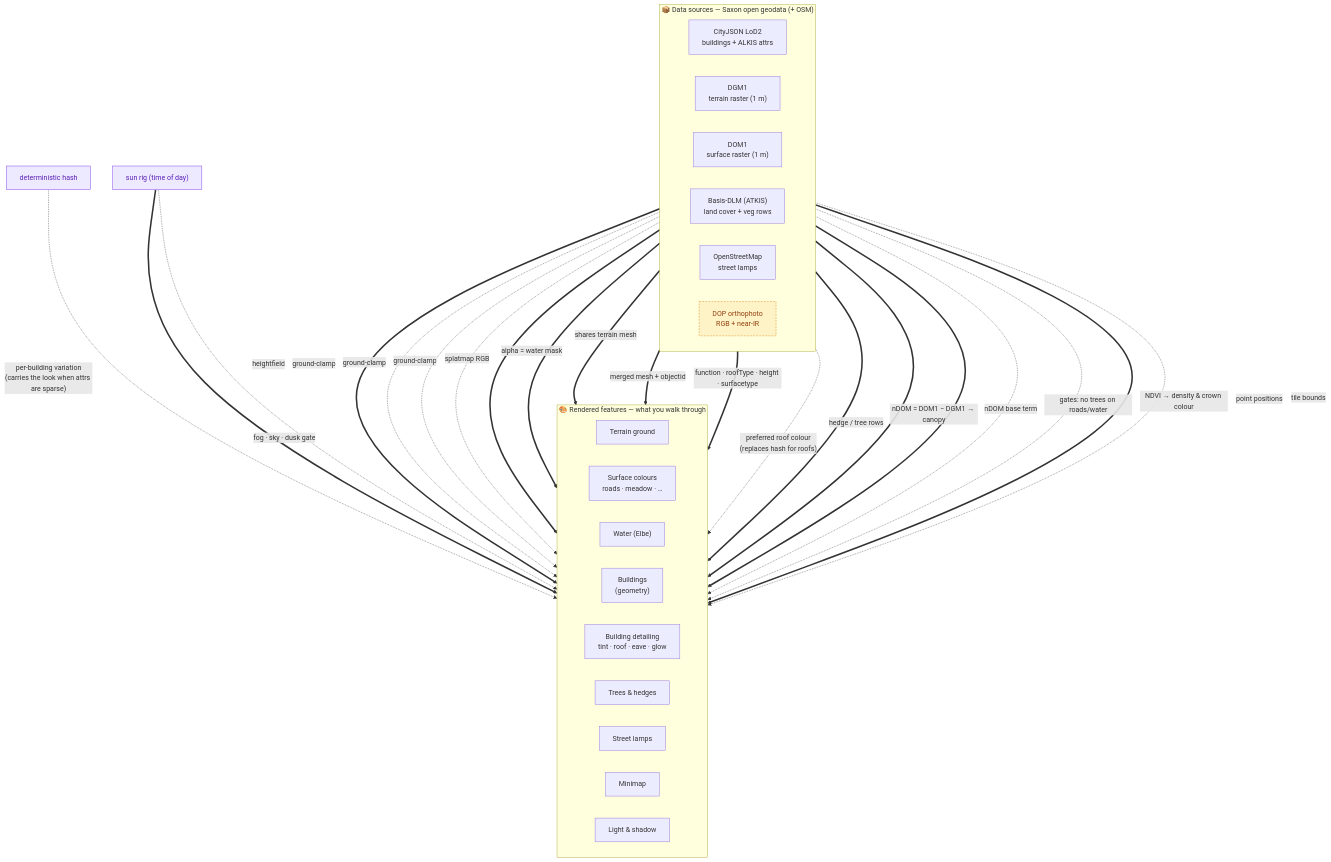
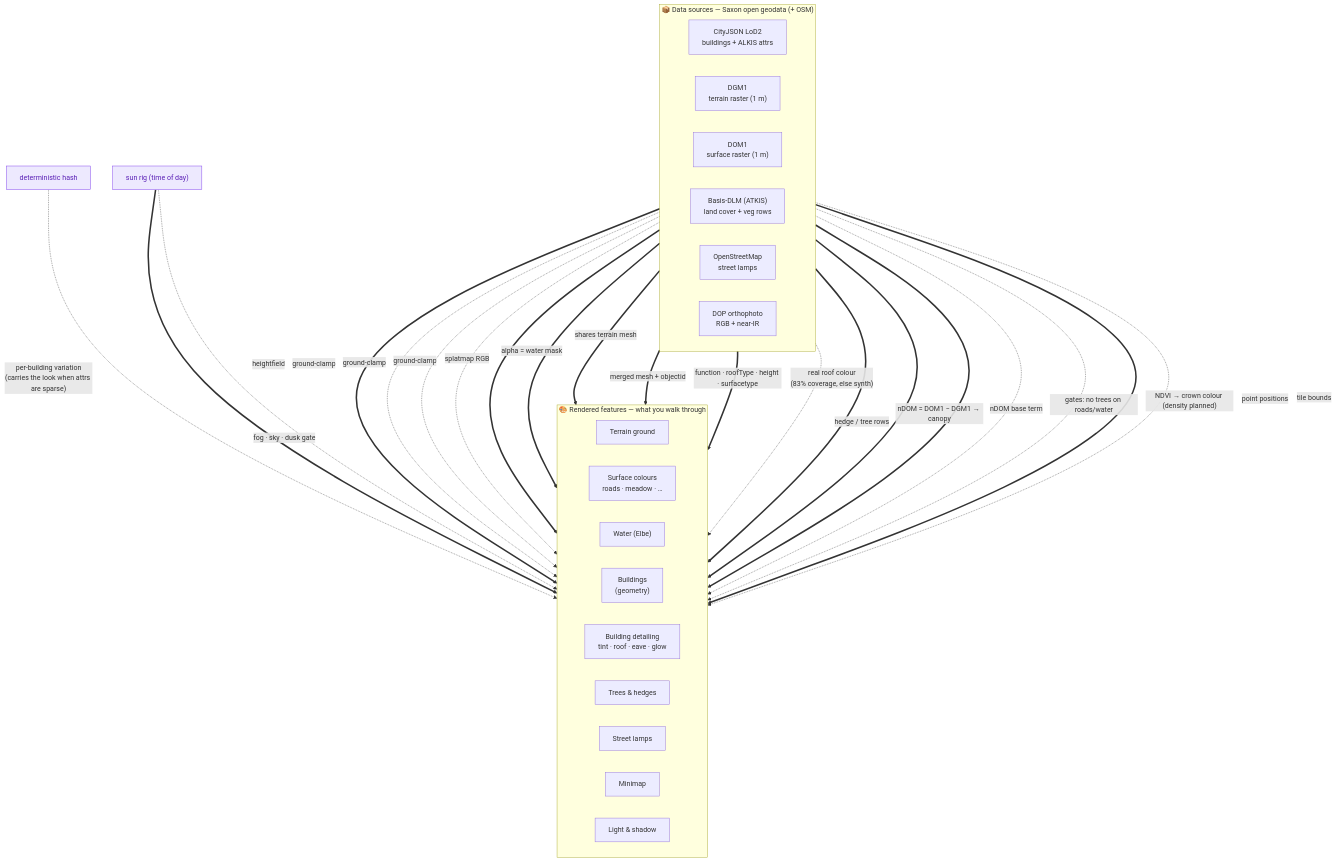
One commit to mdugue/bridge changed the diagram in docs/data-flow.md. Above: the diagram before and after it, drawn with Mermaid. The commit also changed other lines of this file and 26 other files, not shown here.

````diff
--- a/docs/data-flow.md
+++ b/docs/data-flow.md
@@ -18,63 +18,63 @@
 ```mermaid
 flowchart TB
   classDef planned fill:#fef3c7,stroke:#d97706,stroke-dasharray:4 3,color:#92400e;
   classDef synth fill:#ede9fe,stroke:#7c3aed,color:#5b21b6;
 
   subgraph SRC["📦 Data sources — Saxon open geodata (+ OSM)"]
     direction LR
     CJ["CityJSON LoD2<br/>buildings + ALKIS attrs"]
     DGM["DGM1<br/>terrain raster (1 m)"]
     DOM["DOM1<br/>surface raster (1 m)"]
     DLM["Basis-DLM (ATKIS)<br/>land cover + veg rows"]
     OSM["OpenStreetMap<br/>street lamps"]
-    DOP["DOP orthophoto<br/>RGB + near-IR"]:::planned
+    DOP["DOP orthophoto<br/>RGB + near-IR"]
   end
 
   HASH["deterministic hash"]:::synth
   SUN["sun rig (time of day)"]:::synth
 
   subgraph FEAT["🎨 Rendered features — what you walk through"]
     direction LR
     TER["Terrain ground"]
     SURF["Surface colours<br/>roads · meadow · …"]
     WAT["Water (Elbe)"]
     BLD["Buildings<br/>(geometry)"]
     DET["Building detailing<br/>tint · roof · eave · glow"]
     VEG["Trees &amp; hedges"]
     LAMP["Street lamps"]
     MM["Minimap"]
     LIGHT["Light &amp; shadow"]
   end
 
   %% terrain + ground clamp
   DGM ==>|heightfield| TER
   DGM -. ground-clamp .-> BLD
   DGM -. ground-clamp .-> VEG
   DGM -. ground-clamp .-> LAMP
 
   %% surfaces + water (multi-source)
   DLM ==>|"splatmap RGB"| SURF
   DLM ==>|"alpha = water mask"| WAT
   DGM ==>|"shares terrain mesh"| WAT
 
   %% buildings + detailing
   CJ ==>|"merged mesh + objectid"| BLD
   CJ ==>|"function · roofType · height · surfacetype"| DET
   HASH -.->|"per-building variation<br/>(carries the look when attrs are sparse)"| DET
-  DOP -. "preferred roof colour<br/>(replaces hash for roofs)" .-> DET
+  DOP -. "real roof colour<br/>(83% coverage, else synth)" .-> DET
 
   %% vegetation (multi-source + gated)
   DLM ==>|"hedge / tree rows"| VEG
   DOM ==>|"nDOM = DOM1 − DGM1 → canopy"| VEG
   DGM ==>|"nDOM base term"| VEG
   DLM -. "gates: no trees on roads/water" .-> VEG
-  DOP -. "NDVI → density &amp; crown colour" .-> VEG
+  DOP -. "NDVI → crown colour (density planned)" .-> VEG
 
   %% lamps
   OSM ==>|"point positions"| LAMP
 
   %% minimap + lighting (derived, not raw data)
   DGM -. "tile bounds" .-> MM
   SUN ==> LIGHT
   SUN -. "fog · sky · dusk gate" .-> DET
 ```
````
